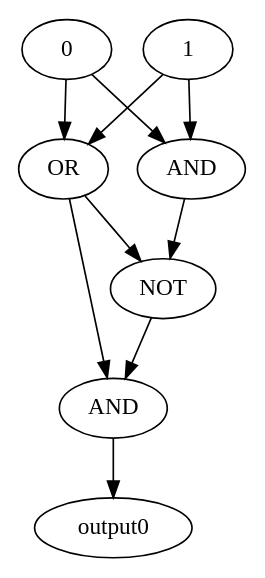
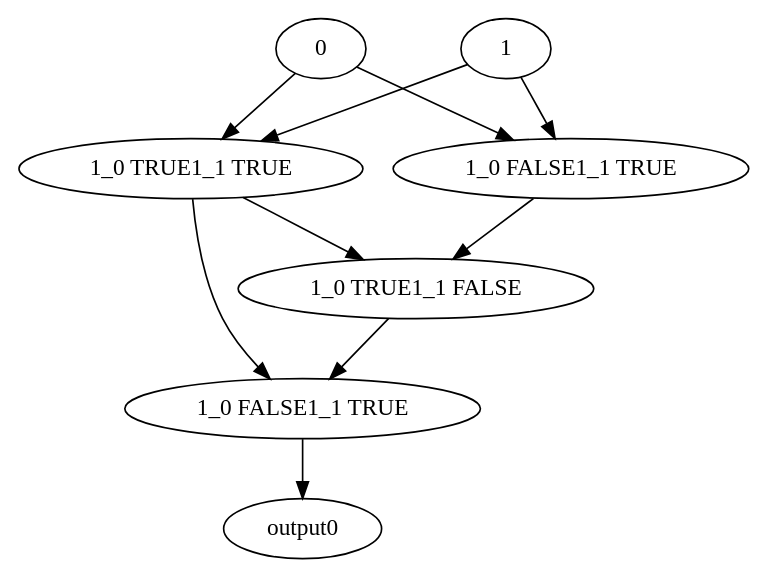
One commit to autay27/sat-circuit-bounding changed the diagram in examples/2parity/solution.dot. Above: the diagram before and after it, drawn with Graphviz. The commit also changed 46 other files, not shown here.

```diff
--- a/examples/2parity/solution.dot
+++ b/examples/2parity/solution.dot
@@ -1,15 +1,19 @@
 digraph {
 0 -> 2;
 1 -> 2;
 0 -> 3;
 1 -> 3;
 2 -> 4;
 3 -> 4;
 3 -> 5;
 4 -> 5;
-2 [ label = "AND"];
-3 [ label = "OR"];
-4 [ label = "NOT"];
-5 [ label = "AND"];
+2 [ label = "0_0 FALSE0_1 FALSE"];
+2 [ label = "1_0 FALSE1_1 TRUE"];
+3 [ label = "0_0 FALSE0_1 TRUE"];
+3 [ label = "1_0 TRUE1_1 TRUE"];
+4 [ label = "0_0 TRUE0_1 FALSE"];
+4 [ label = "1_0 TRUE1_1 FALSE"];
+5 [ label = "0_0 FALSE0_1 FALSE"];
+5 [ label = "1_0 FALSE1_1 TRUE"];
 5 -> output0 
 }
```
